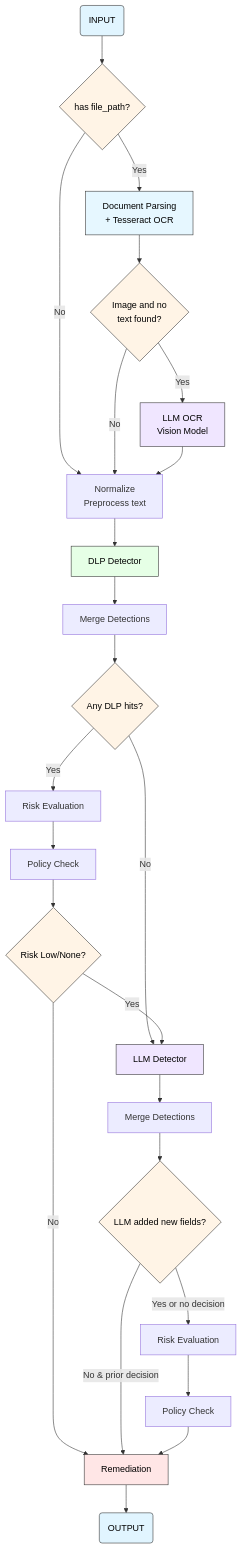
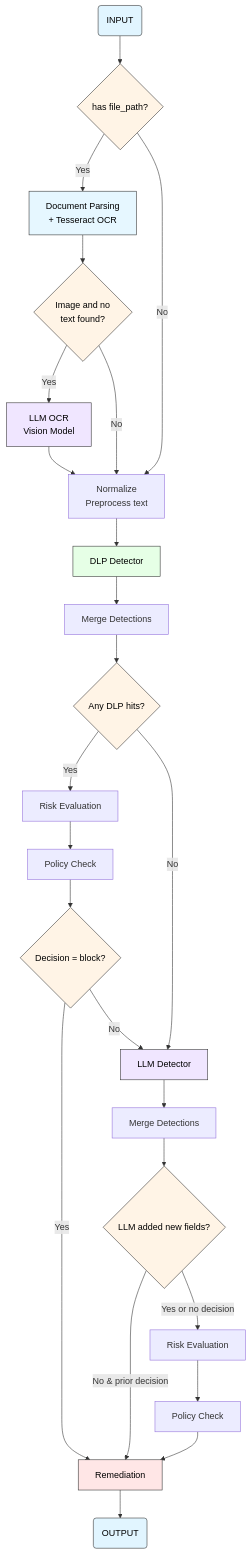
The diagram in multiagent-firewall/README.md (xHugo21/sensitive-data-detector), drawn with Mermaid before and after one commit. The commit also changed 2 other files, not shown here.

Commit message:
feat: llm detector based on decision instead of risk level

````diff
--- a/multiagent-firewall/README.md
+++ b/multiagent-firewall/README.md
@@ -9,50 +9,50 @@
 ```mermaid
 flowchart TD
     Start(INPUT) --> HasFile{has file_path?}
     
     HasFile -->|Yes| Document[Document Parsing<br/>+ Tesseract OCR]
     HasFile -->|No| Normalize[Normalize<br/>Preprocess text]
     
     Document --> NeedsLLMOCR{Image and no<br/>text found?}
     NeedsLLMOCR -->|Yes| LLMOCR[LLM OCR<br/>Vision Model]
     NeedsLLMOCR -->|No| Normalize
     
     LLMOCR --> Normalize
     Normalize --> DLP[DLP Detector]
     
     DLP --> MergeDLP[Merge Detections]
     MergeDLP --> HasDLP{Any DLP hits?}
     HasDLP -->|Yes| RiskDLP[Risk Evaluation]
     HasDLP -->|No| LLM[LLM Detector]
     
     RiskDLP --> PolicyDLP[Policy Check]
     
-    PolicyDLP --> LowRisk{Risk Low/None?}
+    PolicyDLP --> DecisionBlock{Decision = block?}
     
-    LowRisk -->|Yes| LLM
-    LowRisk -->|No| Remediation[Remediation]
+    DecisionBlock -->|Yes| Remediation[Remediation]
+    DecisionBlock -->|No| LLM[LLM Detector]
     
     LLM --> MergeFinal[Merge Detections]
     MergeFinal --> FinalRoute{LLM added new fields?}
     FinalRoute -->|No & prior decision| Remediation
     FinalRoute -->|Yes or no decision| RiskFinal[Risk Evaluation]
     RiskFinal --> PolicyFinal[Policy Check]
     
     PolicyFinal --> Remediation
     
     Remediation --> End(OUTPUT)
     
     style Start fill:#e1f5ff,stroke:#333,color:#000
     style End fill:#e1f5ff,stroke:#333,color:#000
     style HasFile fill:#fff4e6,stroke:#333,color:#000
     style NeedsLLMOCR fill:#fff4e6,stroke:#333,color:#000
     style HasDLP fill:#fff4e6,stroke:#333,color:#000
     style FinalRoute fill:#fff4e6,stroke:#333,color:#000
-    style LowRisk fill:#fff4e6,stroke:#333,color:#000
+    style DecisionBlock fill:#fff4e6,stroke:#333,color:#000
     style Document fill:#e6f7ff,stroke:#333,color:#000
     style LLMOCR fill:#f0e6ff,stroke:#333,color:#000
     style LLM fill:#f0e6ff,stroke:#333,color:#000
     style DLP fill:#e6ffe6,stroke:#333,color:#000
     style Remediation fill:#ffe6e6,stroke:#333,color:#000
 
 ```
````
